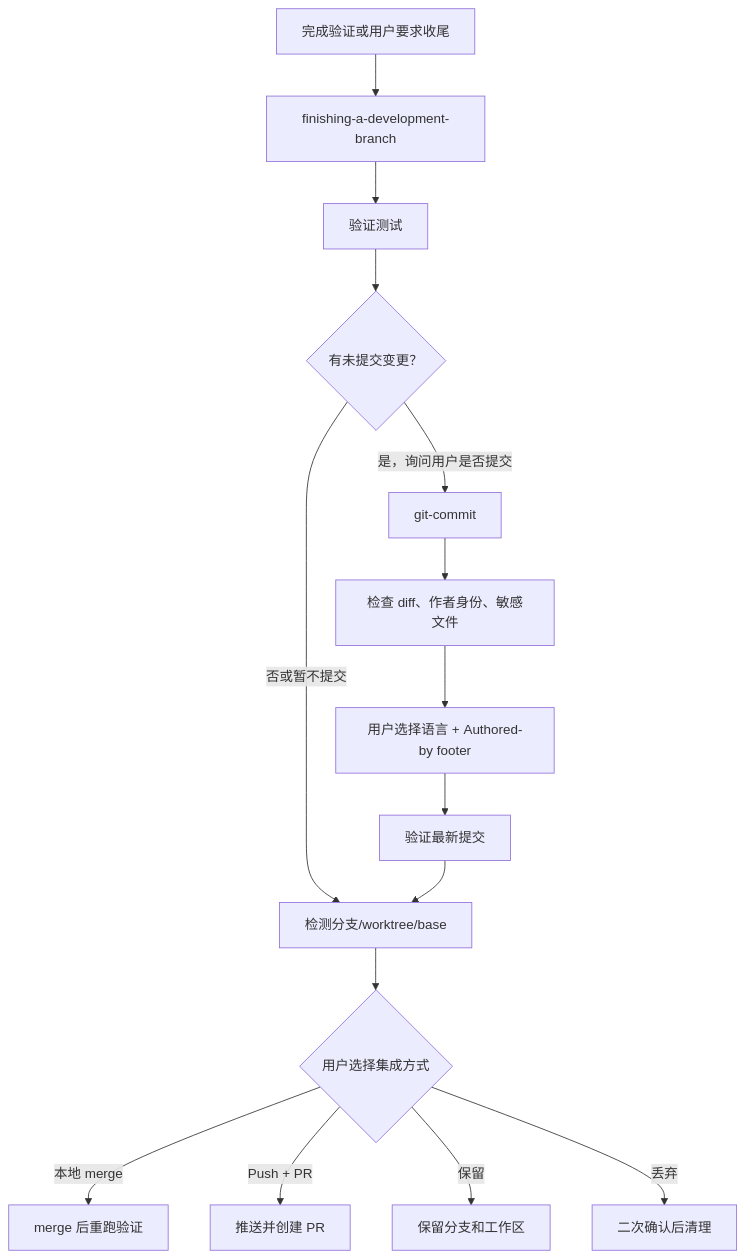
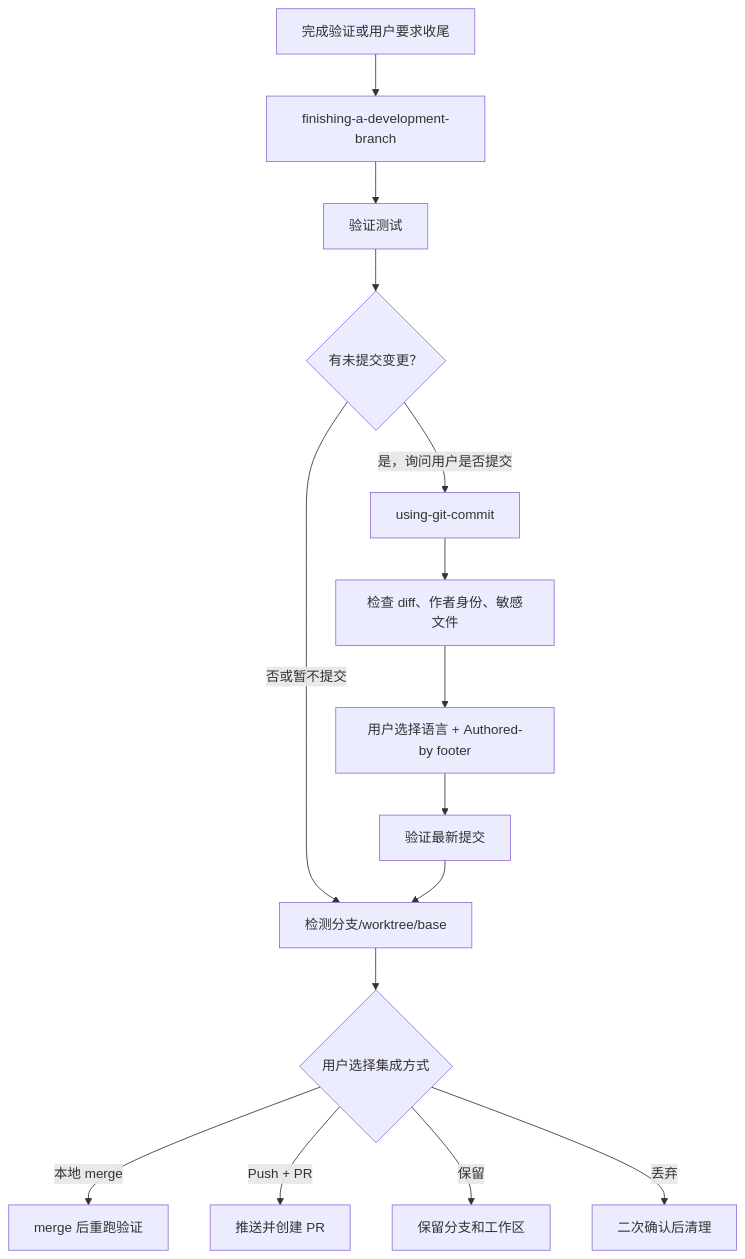
Before and after one commit to Vincen-dev/coding-plugins: the eighth of 12 diagrams in docs/workflow-chain.md, drawn with Mermaid. The commit also changed other lines of this file and 28 other files, not shown here.

First line of the commit message:
refactor(skills): 将 git-commit skill 改名为 using-git-commit

````diff
--- a/docs/workflow-chain.md
+++ b/docs/workflow-chain.md
@@ -299,17 +299,17 @@
 ```mermaid
 flowchart TD
   A["完成验证或用户要求收尾"] --> B["finishing-a-development-branch"]
   B --> C["验证测试"]
   C --> D{"有未提交变更？"}
-  D -->|是，询问用户是否提交| E["git-commit"]
+  D -->|是，询问用户是否提交| E["using-git-commit"]
   D -->|否或暂不提交| I["检测分支/worktree/base"]
   E --> F["检查 diff、作者身份、敏感文件"]
   F --> G["用户选择语言 + Authored-by footer"]
   G --> H["验证最新提交"]
   H --> I
   I --> J{"用户选择集成方式"}
   J -->|本地 merge| K["merge 后重跑验证"]
   J -->|Push + PR| L["推送并创建 PR"]
   J -->|保留| M["保留分支和工作区"]
   J -->|丢弃| N["二次确认后清理"]
 ```
````
